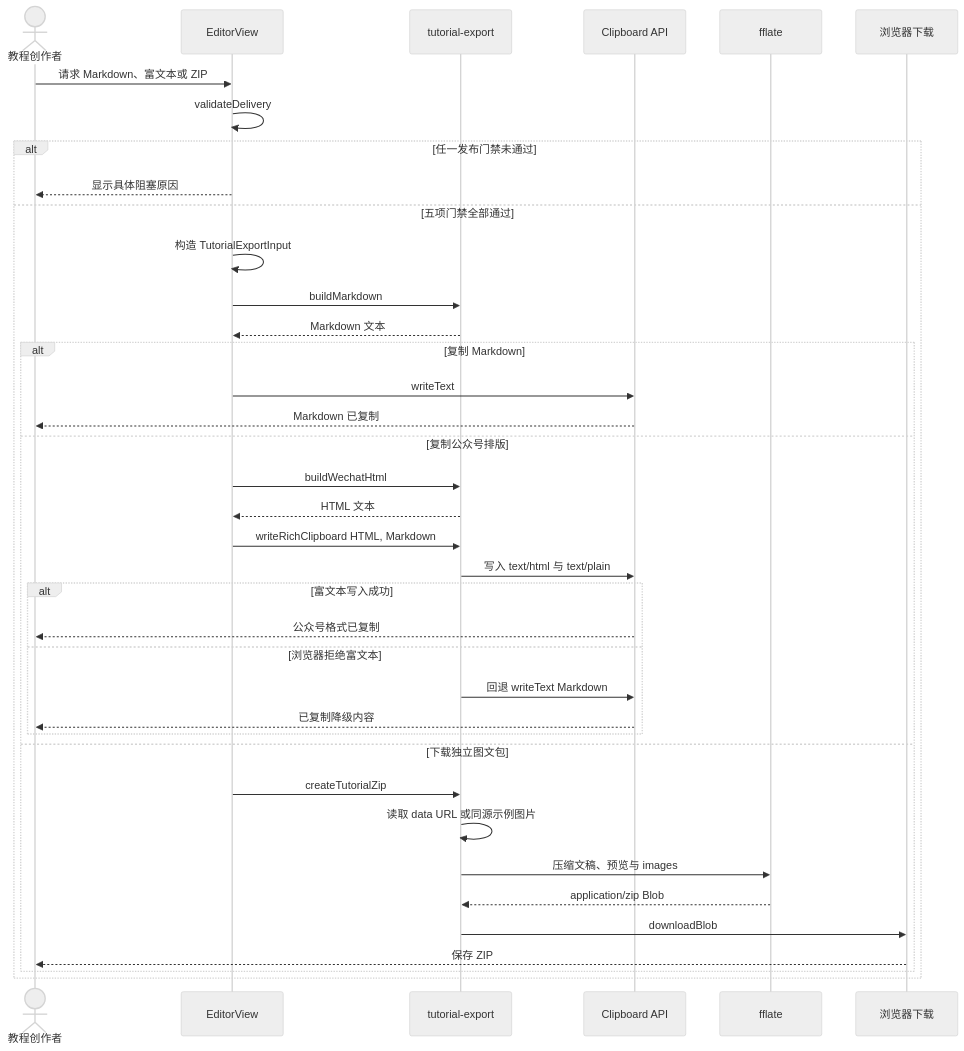
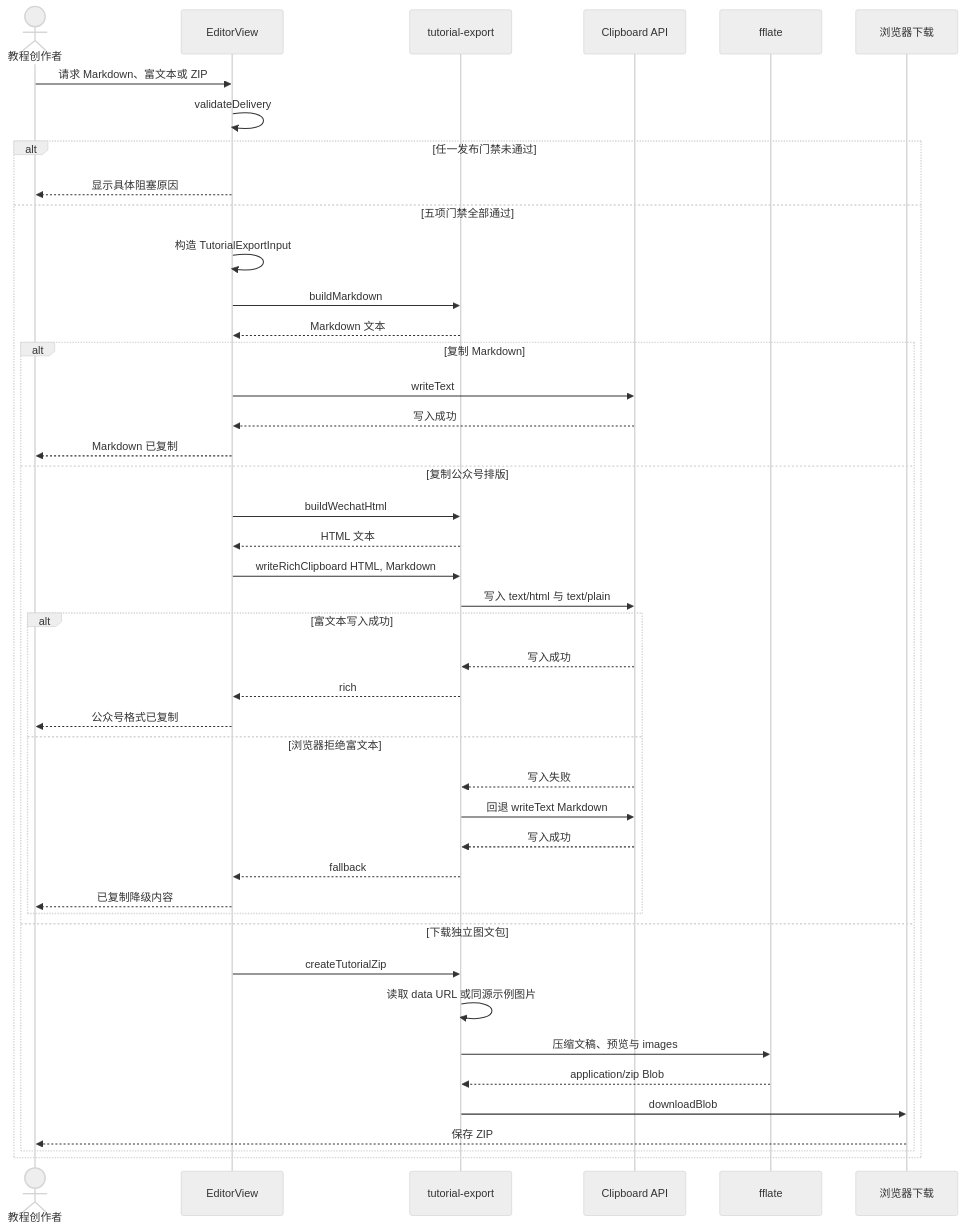
The third of 5 diagrams in docs/uml/04-web-sequences.md (AnnCYW-cm/recnote), drawn with Mermaid (neutral theme) before and after one commit. The commit also changed other lines of this file and 12 other files, not shown here.

Commit message:
docs: 修正产品 UML 决策闭环

````diff
--- a/docs/uml/04-web-sequences.md
+++ b/docs/uml/04-web-sequences.md
@@ -99,43 +99,49 @@
 ```mermaid
 sequenceDiagram
   actor User as 教程创作者
   participant Editor as EditorView
   participant Export as tutorial-export
   participant Clipboard as Clipboard API
   participant Zip as fflate
   participant Browser as 浏览器下载
 
   User->>Editor: 请求 Markdown、富文本或 ZIP
   Editor->>Editor: validateDelivery
 
   alt 任一发布门禁未通过
     Editor-->>User: 显示具体阻塞原因
   else 五项门禁全部通过
     Editor->>Editor: 构造 TutorialExportInput
     Editor->>Export: buildMarkdown
     Export-->>Editor: Markdown 文本
 
     alt 复制 Markdown
       Editor->>Clipboard: writeText
-      Clipboard-->>User: Markdown 已复制
+      Clipboard-->>Editor: 写入成功
+      Editor-->>User: Markdown 已复制
     else 复制公众号排版
       Editor->>Export: buildWechatHtml
       Export-->>Editor: HTML 文本
       Editor->>Export: writeRichClipboard HTML, Markdown
       Export->>Clipboard: 写入 text/html 与 text/plain
       alt 富文本写入成功
-        Clipboard-->>User: 公众号格式已复制
+        Clipboard-->>Export: 写入成功
+        Export-->>Editor: rich
+        Editor-->>User: 公众号格式已复制
       else 浏览器拒绝富文本
+        Clipboard-->>Export: 写入失败
         Export->>Clipboard: 回退 writeText Markdown
-        Clipboard-->>User: 已复制降级内容
+        Clipboard-->>Export: 写入成功
+        Export-->>Editor: fallback
+        Editor-->>User: 已复制降级内容
       end
     else 下载独立图文包
       Editor->>Export: createTutorialZip
       Export->>Export: 读取 data URL 或同源示例图片
       Export->>Zip: 压缩文稿、预览与 images
       Zip-->>Export: application/zip Blob
       Export->>Browser: downloadBlob
       Browser-->>User: 保存 ZIP
     end
   end
 ```
````
